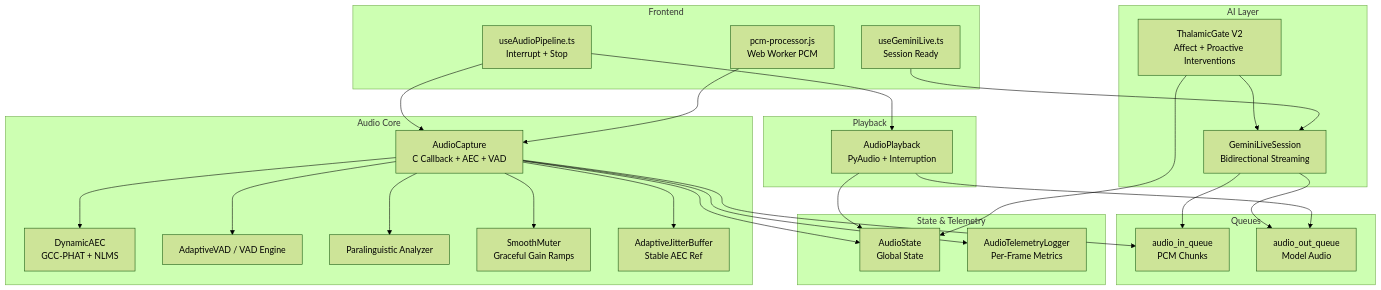
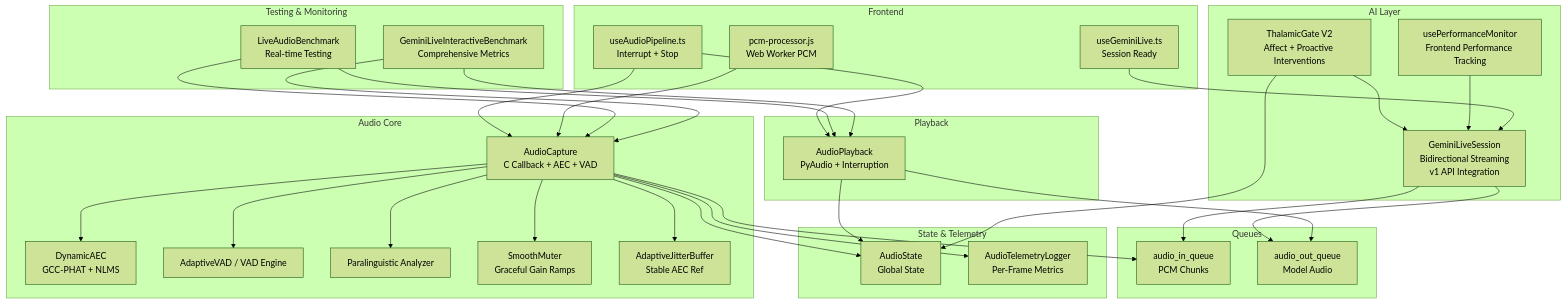
One commit to Moeabdelaziz007/Aether-Voice-OS changed the first of 12 diagrams in .qoder/repowiki/en/content/AI Integration Layer/Gemini Live API Integration/Audio Processing Integration.md. Above: the diagram before and after it, drawn with Mermaid (forest theme). The commit also changed other lines of this file and 10 other files, not shown here.

Commit message:
feat(audio): upgrade Gemini Live

````diff
--- a/.qoder/repowiki/en/content/AI Integration Layer/Gemini Live API Integration/Audio Processing Integration.md
+++ b/.qoder/repowiki/en/content/AI Integration Layer/Gemini Live API Integration/Audio Processing Integration.md
@@ -48,49 +61,59 @@
 ```mermaid
 graph TB
 subgraph "AI Layer"
-S["GeminiLiveSession<br/>Bidirectional Streaming"]
+S["GeminiLiveSession<br/>Bidirectional Streaming<br/>v1 API Integration"]
 TG["ThalamicGate V2<br/>Affect + Proactive Interventions"]
+PMH["usePerformanceMonitor<br/>Frontend Performance Tracking"]
 end
 subgraph "Audio Core"
 CAP["AudioCapture<br/>C Callback + AEC + VAD"]
 AEC["DynamicAEC<br/>GCC-PHAT + NLMS"]
 VAD["AdaptiveVAD / VAD Engine"]
 PM["Paralinguistic Analyzer"]
 SM["SmoothMuter<br/>Graceful Gain Ramps"]
 JB["AdaptiveJitterBuffer<br/>Stable AEC Ref"]
 end
 subgraph "Queues"
 INQ["audio_in_queue<br/>PCM Chunks"]
 OUTQ["audio_out_queue<br/>Model Audio"]
 end
 subgraph "Playback"
 PB["AudioPlayback<br/>PyAudio + Interruption"]
 end
 subgraph "State & Telemetry"
 AS["AudioState<br/>Global State"]
 TL["AudioTelemetryLogger<br/>Per-Frame Metrics"]
 end
 subgraph "Frontend"
 UAP["useAudioPipeline.ts<br/>Interrupt + Stop"]
 PCE["pcm-processor.js<br/>Web Worker PCM"]
 UGL["useGeminiLive.ts<br/>Session Ready"]
 end
+subgraph "Testing & Monitoring"
+LAB["LiveAudioBenchmark<br/>Real-time Testing"]
+GLIB["GeminiLiveInteractiveBenchmark<br/>Comprehensive Metrics"]
+end
 S --> INQ
 S --> OUTQ
 CAP --> INQ
 CAP --> AEC
 CAP --> VAD
 CAP --> PM
 CAP --> SM
 CAP --> JB
 CAP --> AS
 CAP --> TL
 PB --> OUTQ
 PB --> AS
 TG --> S
 TG --> AS
+PMH --> S
 UAP --> PB
 UAP --> CAP
 PCE --> CAP
 UGL --> S
+LAB --> CAP
+LAB --> PB
+GLIB --> CAP
+GLIB --> PB
 ```
````
